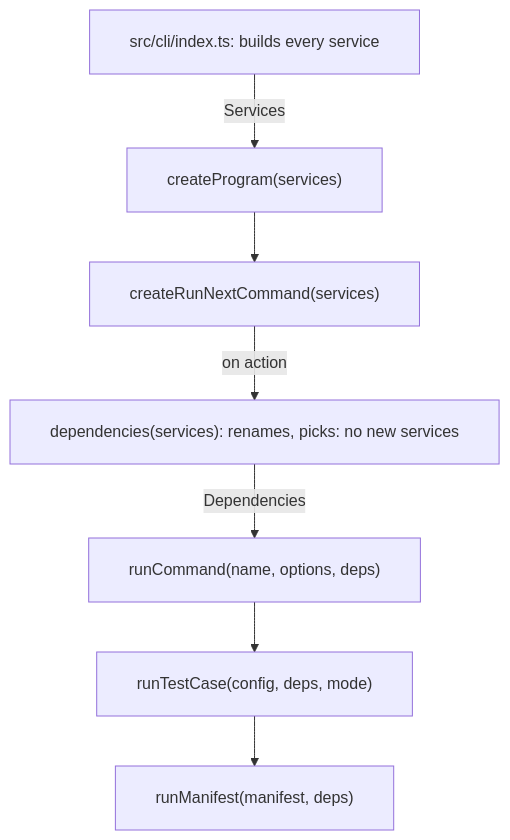
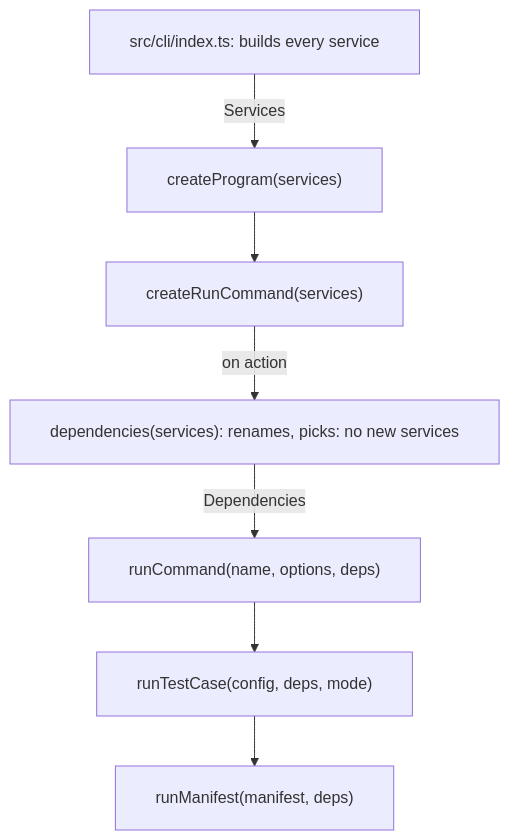
The diagram in src/runNext/AGENTS.md (dwjohnston/thunderjar), drawn with Mermaid before and after one commit. The commit also changed other lines of this file and 38 other files, not shown here.

First line of the commit message:
✨ Implement runNext and run `thunderjar run` through it; remove --local

````diff
--- a/src/runNext/AGENTS.md
+++ b/src/runNext/AGENTS.md
@@ -7,10 +9,10 @@
 ```mermaid
 %%{init: {"flowchart": {"wrappingWidth": 500, "padding": 20}}}%%
 flowchart TD
   index["src/cli/index.ts: builds every service"] -->|"Services"| program["createProgram(services)"]
-  program --> cmd["createRunNextCommand(services)"]
+  program --> cmd["createRunCommand(services)"]
   cmd -->|"on action"| deps["dependencies(services): renames, picks: no new services"]
   deps -->|"Dependencies"| L1["runCommand(name, options, deps)"]
   L1 --> L2["runTestCase(config, deps, mode)"]
   L2 --> L3["runManifest(manifest, deps)"]
 ```
````
